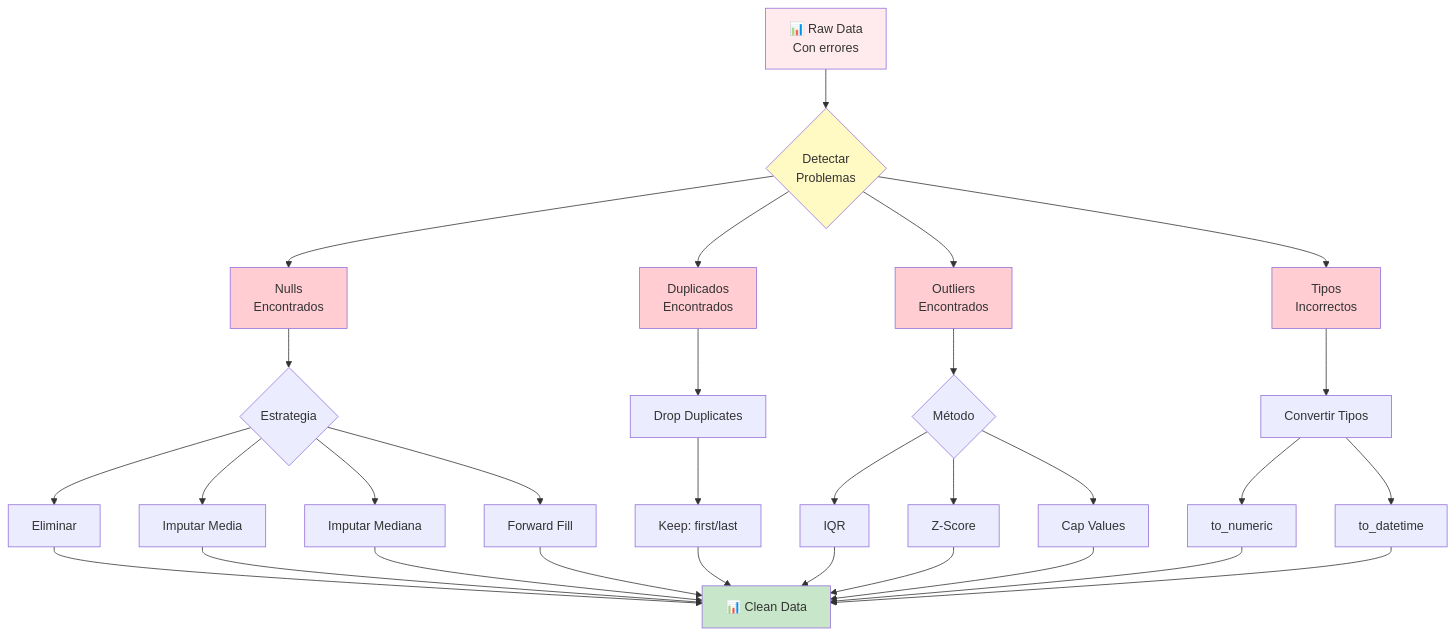
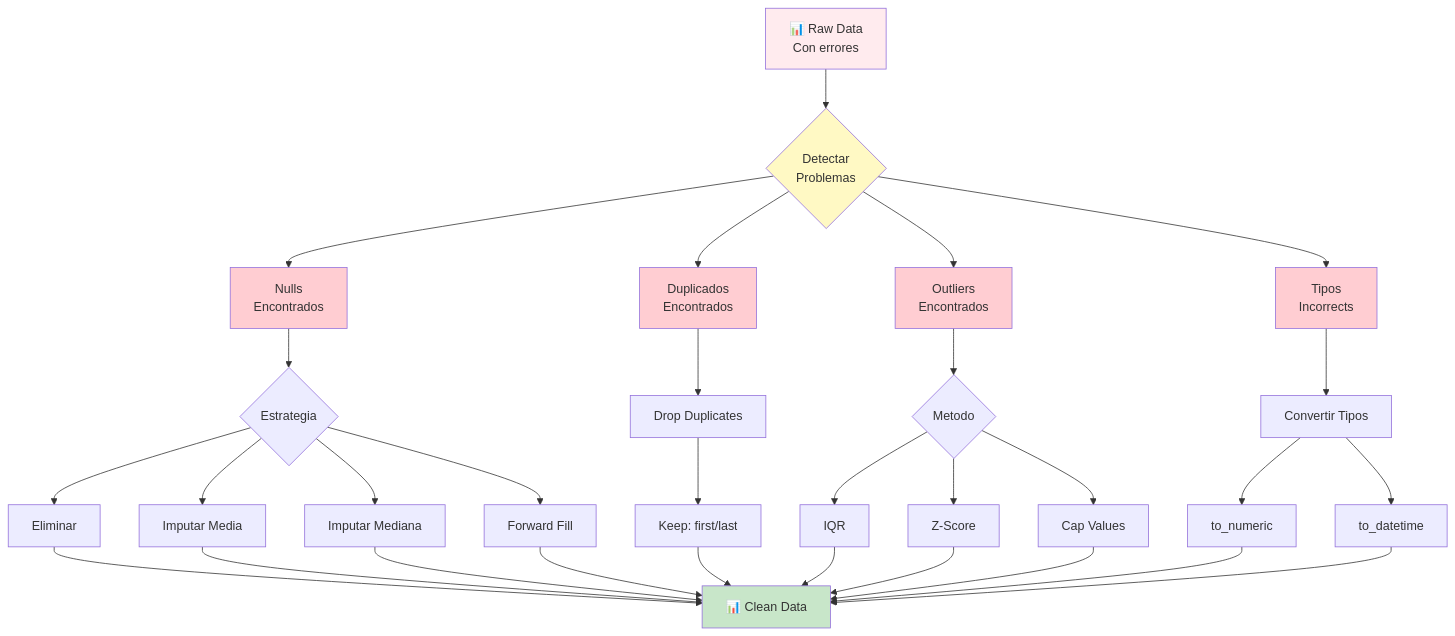
One commit to nanlabs/nan-data-engineering-labs changed the tenth of 23 diagrams in modules/module-04-python-for-data/assets/diagrams/pandas-operations.md. Above: the diagram before and after it, drawn with Mermaid. The commit also changed other lines of this file and 23 other files, not shown here.

````diff
--- a/modules/module-04-python-for-data/assets/diagrams/pandas-operations.md
+++ b/modules/module-04-python-for-data/assets/diagrams/pandas-operations.md
@@ -201,46 +201,46 @@
 ```mermaid
 flowchart TD
     A[📊 Raw Data<br/>Con errores] --> B{Detectar<br/>Problemas}
     
     B --> C[Nulls<br/>Encontrados]
     B --> D[Duplicados<br/>Encontrados]
     B --> E[Outliers<br/>Encontrados]
-    B --> F[Tipos<br/>Incorrectos]
+    B --> F[Tipos<br/>Incorrects]
     
     C --> C1{Estrategia}
     C1 --> C2[Eliminar]
     C1 --> C3[Imputar Media]
     C1 --> C4[Imputar Mediana]
     C1 --> C5[Forward Fill]
     
     D --> D1[Drop Duplicates]
     D1 --> D2[Keep: first/last]
     
-    E --> E1{Método}
+    E --> E1{Metodo}
     E1 --> E2[IQR]
     E1 --> E3[Z-Score]
     E1 --> E4[Cap Values]
     
     F --> F1[Convertir Tipos]
     F1 --> F2[to_numeric]
     F1 --> F3[to_datetime]
     
     C2 --> G[📊 Clean Data]
     C3 --> G
     C4 --> G
     C5 --> G
     D2 --> G
     E2 --> G
     E3 --> G
     E4 --> G
     F2 --> G
     F3 --> G
     
     style A fill:#ffebee
     style B fill:#fff9c4
     style C fill:#ffcdd2
     style D fill:#ffcdd2
     style E fill:#ffcdd2
     style F fill:#ffcdd2
     style G fill:#c8e6c9
 ```
````
